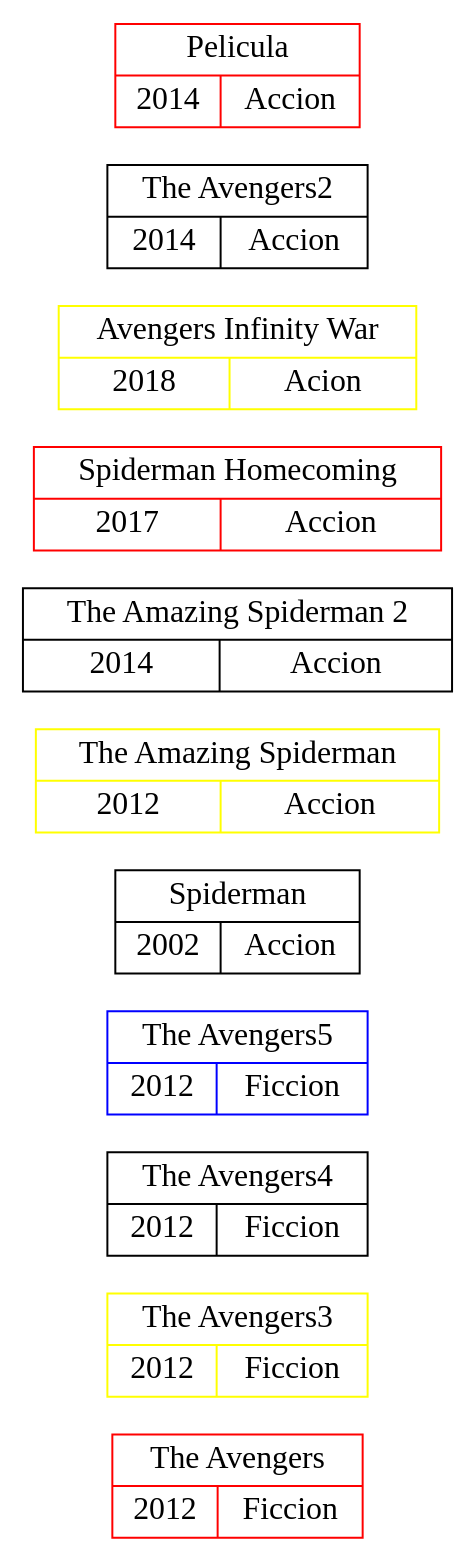
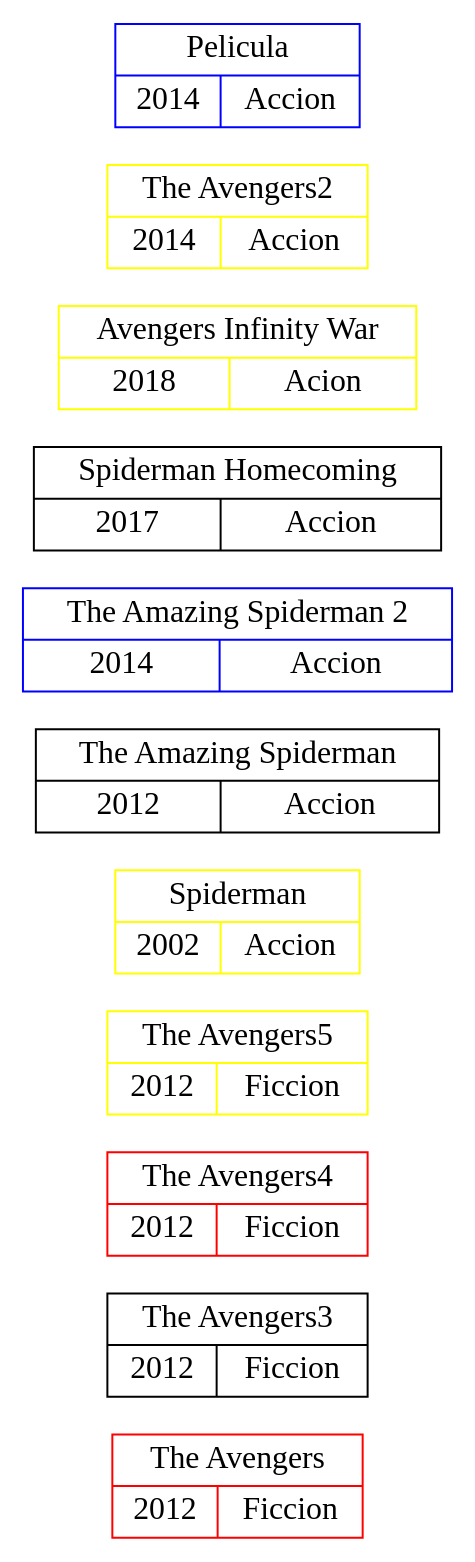
One commit to Javier-201906795/LFP_201906795 changed the diagram in Practica1/imagen.dot. Above: the diagram before and after it, drawn with Graphviz. The commit also changed 4 other files, not shown here.

```diff
--- a/Practica1/imagen.dot
+++ b/Practica1/imagen.dot
@@ -1,26 +1,26 @@
 digraph { 
 rankdir = LR 
 node[shape=circle, fontname="Arial Black", fontsize=16]
 pelicula0[shape=record, color = red, label="The Avengers  | {2012  | Ficcion
  } "]
-pelicula1[shape=record, color = yellow, label="The Avengers3  | {2012  | Ficcion
+pelicula1[shape=record, color = black, label="The Avengers3  | {2012  | Ficcion
  } "]
-pelicula2[shape=record, color = black, label="The Avengers4  | {2012  | Ficcion
+pelicula2[shape=record, color = red, label="The Avengers4  | {2012  | Ficcion
  } "]
-pelicula3[shape=record, color = blue, label="The Avengers5  | {2012  | Ficcion
+pelicula3[shape=record, color = yellow, label="The Avengers5  | {2012  | Ficcion
  } "]
-pelicula4[shape=record, color = black, label="Spiderman | {2002 | Accion
+pelicula4[shape=record, color = yellow, label="Spiderman | {2002 | Accion
  } "]
-pelicula5[shape=record, color = yellow, label="The Amazing Spiderman | {2012 | Accion
+pelicula5[shape=record, color = black, label="The Amazing Spiderman | {2012 | Accion
  } "]
-pelicula6[shape=record, color = black, label="The Amazing Spiderman 2 | {2014 | Accion
+pelicula6[shape=record, color = blue, label="The Amazing Spiderman 2 | {2014 | Accion
  } "]
-pelicula7[shape=record, color = red, label="Spiderman Homecoming | {2017 | Accion
+pelicula7[shape=record, color = black, label="Spiderman Homecoming | {2017 | Accion
  } "]
 pelicula8[shape=record, color = yellow, label="Avengers Infinity War | {2018 | Acion
  } "]
-pelicula9[shape=record, color = black, label="The Avengers2  | {2014  | Accion
+pelicula9[shape=record, color = yellow, label="The Avengers2  | {2014  | Accion
  } "]
-pelicula10[shape=record, color = red, label="Pelicula  | {2014  | Accion
+pelicula10[shape=record, color = blue, label="Pelicula  | {2014  | Accion
  } "]
 } 
```
